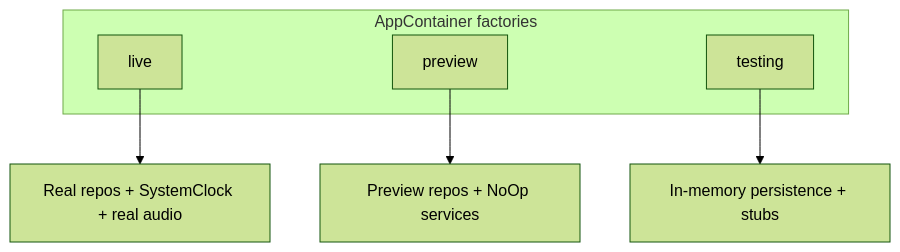
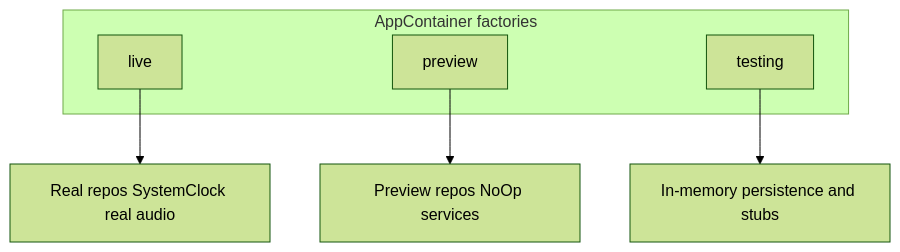
Before and after one commit to nguyenquanghuy22041990/FocusUp: the diagram in docs/interview-guide/design-patterns/factory.md, drawn with Mermaid (forest theme). The commit also changed 30 other files, not shown here.

````diff
--- a/docs/interview-guide/design-patterns/factory.md
+++ b/docs/interview-guide/design-patterns/factory.md
@@ -35,11 +35,11 @@
 ```mermaid
 flowchart TB
-    subgraph factories [AppContainer factories]
+    subgraph factories ["AppContainer factories"]
         Live[live]
         Preview[preview]
         Testing[testing]
     end
-    Live --> Prod[Real repos + SystemClock + real audio]
-    Preview --> Prev[Preview repos + NoOp services]
-    Testing --> Test[In-memory persistence + stubs]
+    Live --> Prod["Real repos SystemClock real audio"]
+    Preview --> Prev["Preview repos NoOp services"]
+    Testing --> Test["In-memory persistence and stubs"]
 ```
````
